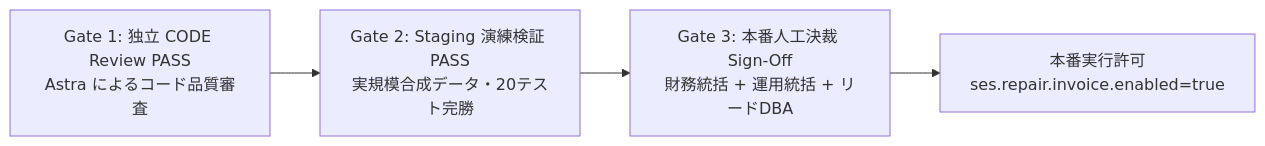
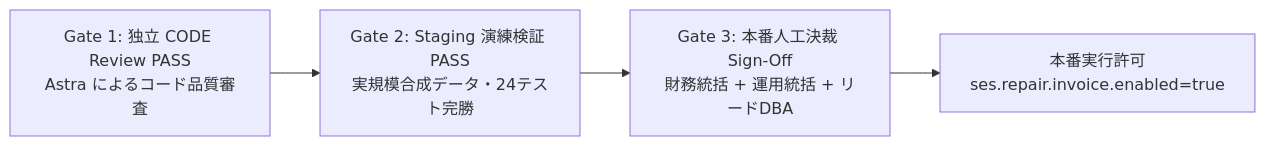
One commit to satoshi2024/ses-manager-pro changed the second of 2 diagrams in .kiro/specs/asset-account-license-lifecycle/v182-repair-executor-boundary-a-plan.md. Above: the diagram before and after it, drawn with Mermaid. The commit also changed other lines of this file and 1 other file, not shown here.

Commit message:
docs: Astra P1指摘（親バージョン無条件検証・輪次拘束・実ロール検証・操作者認証分離）を反映

````diff
--- a/.kiro/specs/asset-account-license-lifecycle/v182-repair-executor-boundary-a-plan.md
+++ b/.kiro/specs/asset-account-license-lifecycle/v182-repair-executor-boundary-a-plan.md
@@ -433,6 +511,6 @@
 ```mermaid
 flowchart LR
-    G1[Gate 1: 独立 CODE Review PASS<br/>Astra によるコード品質審査] --> G2[Gate 2: Staging 演練検証 PASS<br/>実規模合成データ・20テスト完勝]
+    G1[Gate 1: 独立 CODE Review PASS<br/>Astra によるコード品質審査] --> G2[Gate 2: Staging 演練検証 PASS<br/>実規模合成データ・24テスト完勝]
     G2 --> G3[Gate 3: 本番人工決裁 Sign-Off<br/>財務統括 + 運用統括 + リードDBA]
     G3 --> ProdEnable[本番実行許可<br/>ses.repair.invoice.enabled=true]
 ```
````
